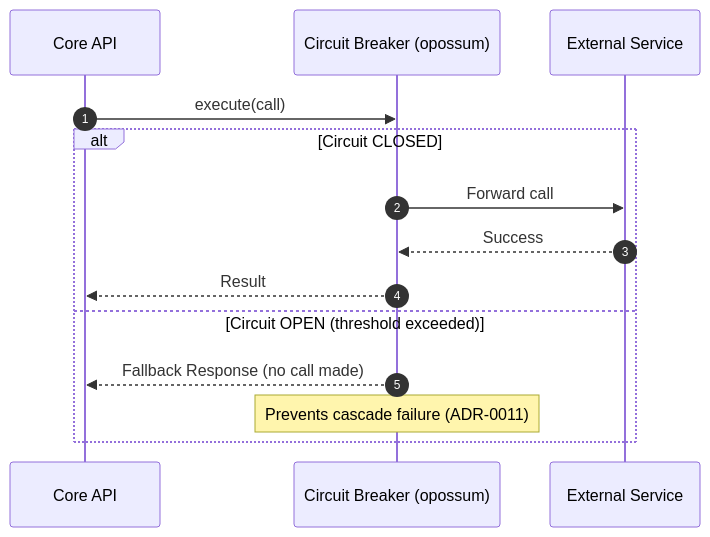
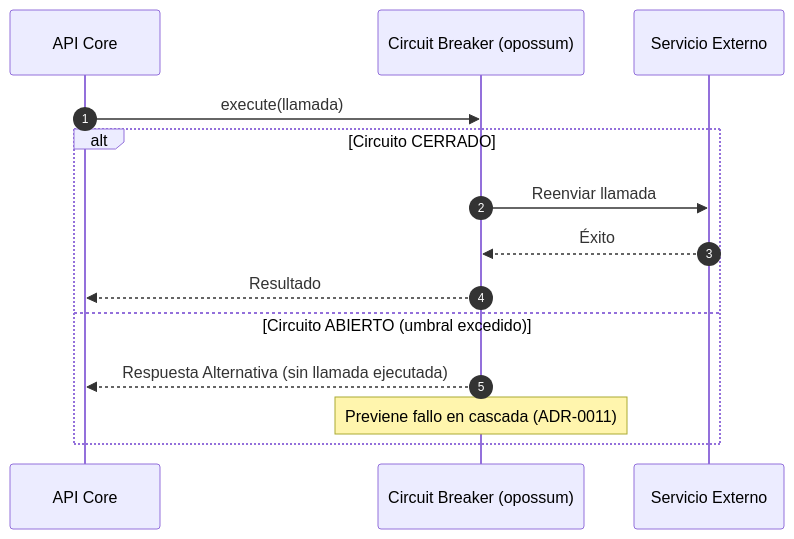
The fifth of 6 diagrams in arc-corporate-ws/corporate-standards-es/01-architecture/reference-blueprint.md (beyondnetcode/arc32_progresive_monolith), drawn with Mermaid before and after one commit. The commit also changed other lines of this file and 89 other files, not shown here.

````diff
--- a/arc-corporate-ws/corporate-standards-es/01-architecture/reference-blueprint.md
+++ b/arc-corporate-ws/corporate-standards-es/01-architecture/reference-blueprint.md
@@ -318,17 +318,17 @@
 ```mermaid
 sequenceDiagram
     autonumber
-    participant A as Core API
+    participant A as API Core
     participant CB as Circuit Breaker (opossum)
-    participant Ext as External Service
+    participant Ext as Servicio Externo
 
-    A->>CB: execute(call)
-    alt Circuit CLOSED
-        CB->>Ext: Forward call
-        Ext-->>CB: Success
-        CB-->>A: Result
-    else Circuit OPEN (threshold exceeded)
-        CB-->>A: Fallback Response (no call made)
-        Note over CB: Prevents cascade failure (ADR-0011)
+    A->>CB: execute(llamada)
+    alt Circuito CERRADO
+        CB->>Ext: Reenviar llamada
+        Ext-->>CB: Éxito
+        CB-->>A: Resultado
+    else Circuito ABIERTO (umbral excedido)
+        CB-->>A: Respuesta Alternativa (sin llamada ejecutada)
+        Note over CB: Previene fallo en cascada (ADR-0011)
     end
 ```
````
